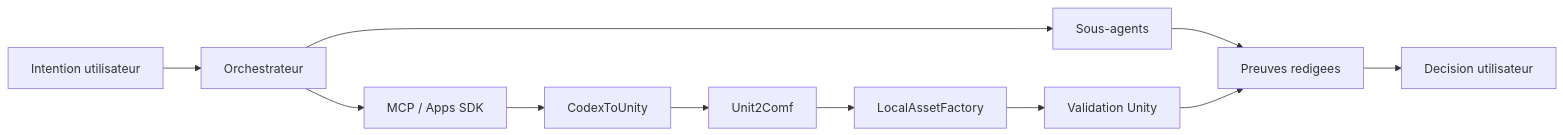
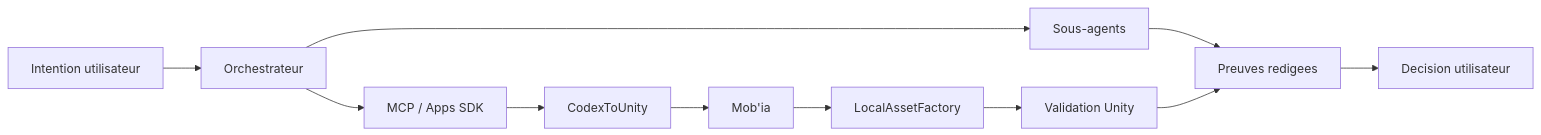
The diagram in docs/ecosystem-map.md (charli-dev420/presentation-projet-agentic), drawn with Mermaid before and after one commit. The commit also changed other lines of this file and 34 other files, not shown here.

````diff
--- a/docs/ecosystem-map.md
+++ b/docs/ecosystem-map.md
@@ -14,13 +14,13 @@
 ```mermaid
 flowchart LR
     A[Intention utilisateur] --> B[Orchestrateur]
     B --> C[Sous-agents]
     B --> D[MCP / Apps SDK]
     D --> E[CodexToUnity]
-    E --> F[Unit2Comf]
+    E --> F[Mob'ia]
     F --> G[LocalAssetFactory]
     G --> H[Validation Unity]
     C --> I[Preuves redigees]
     H --> I
     I --> J[Decision utilisateur]
 ```
````
